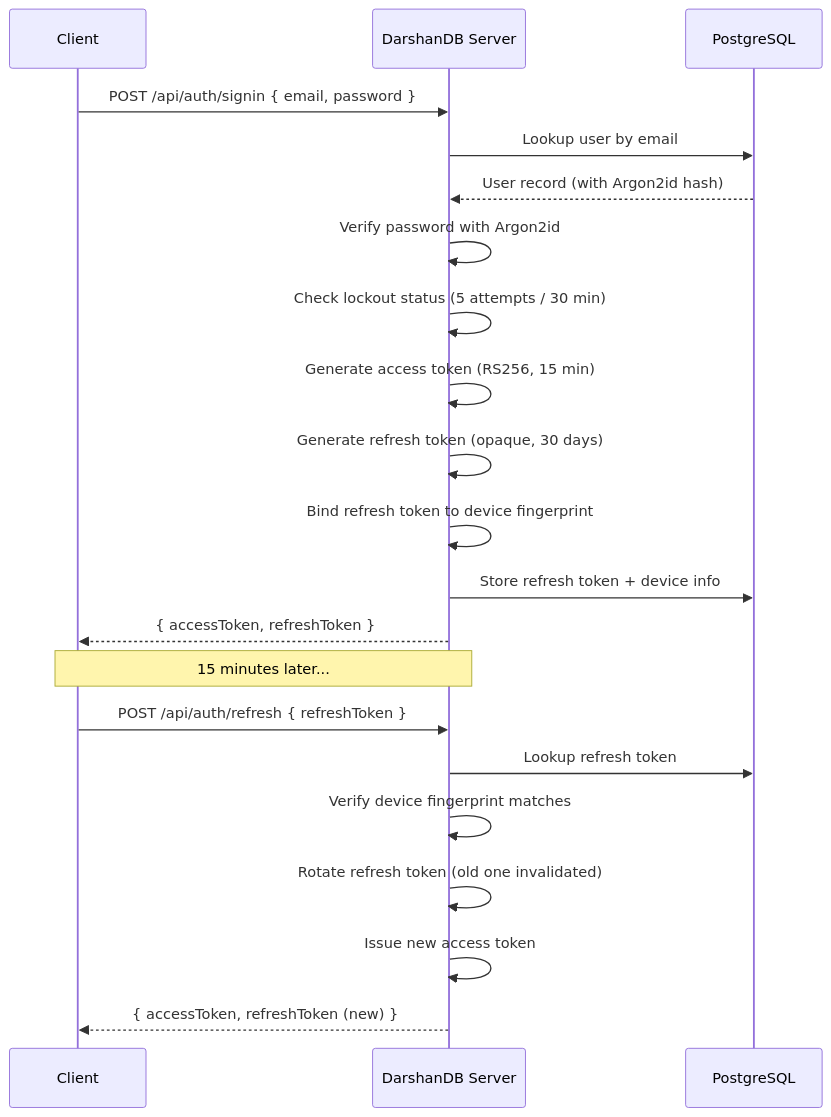
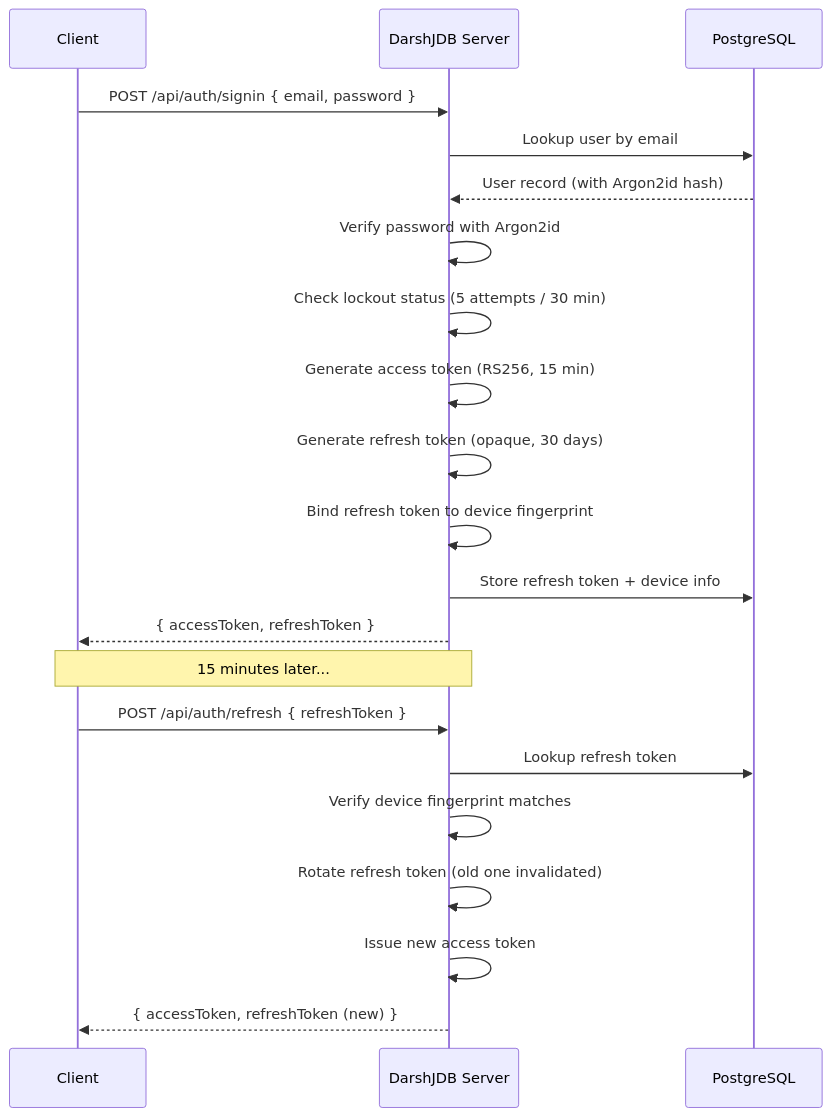
One commit to darshjme/darshjdb changed the fifth of 8 diagrams in docs/architecture.md. Above: the diagram before and after it, drawn with Mermaid. The commit also changed other lines of this file and 107 other files, not shown here.

First line of the commit message:
rebrand: DarshanDB → DarshJDB (DDB)

````diff
--- a/docs/architecture.md
+++ b/docs/architecture.md
@@ -269,26 +269,26 @@
 ```mermaid
 sequenceDiagram
     participant C as Client
-    participant S as DarshanDB Server
+    participant S as DarshJDB Server
     participant PG as PostgreSQL
 
     C->>S: POST /api/auth/signin { email, password }
     S->>PG: Lookup user by email
     PG-->>S: User record (with Argon2id hash)
     S->>S: Verify password with Argon2id
     S->>S: Check lockout status (5 attempts / 30 min)
     S->>S: Generate access token (RS256, 15 min)
     S->>S: Generate refresh token (opaque, 30 days)
     S->>S: Bind refresh token to device fingerprint
     S->>PG: Store refresh token + device info
     S-->>C: { accessToken, refreshToken }
 
     Note over C,S: 15 minutes later...
 
     C->>S: POST /api/auth/refresh { refreshToken }
     S->>PG: Lookup refresh token
     S->>S: Verify device fingerprint matches
     S->>S: Rotate refresh token (old one invalidated)
     S->>S: Issue new access token
     S-->>C: { accessToken, refreshToken (new) }
 ```
````
